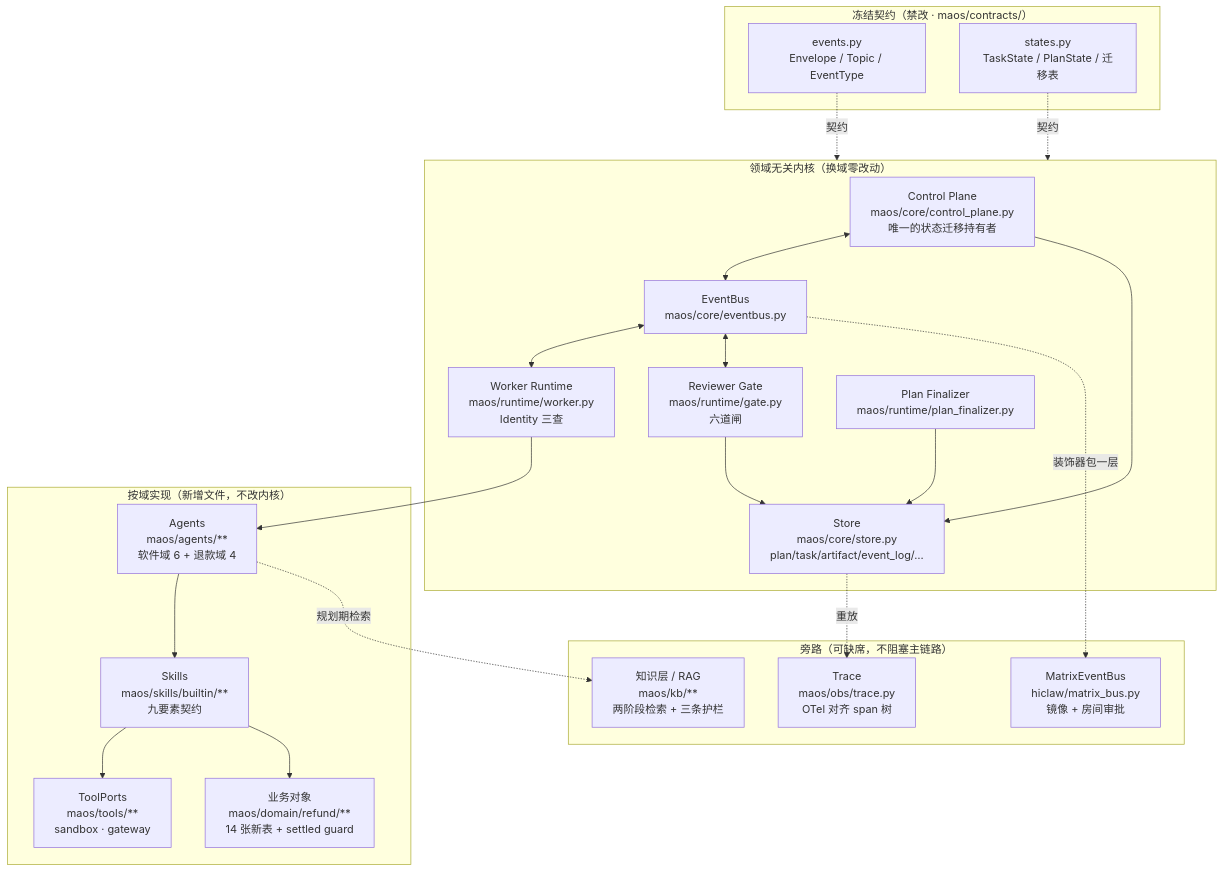
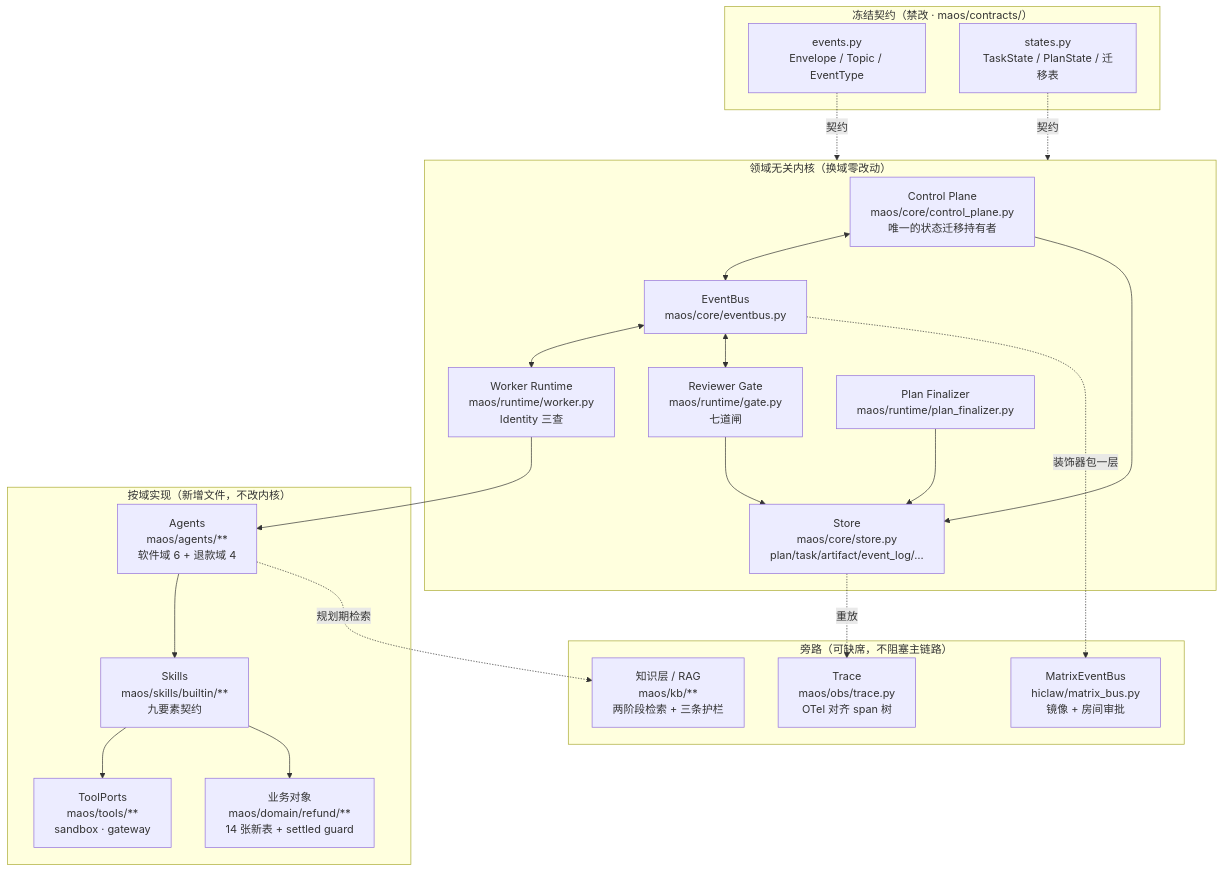
The first of 4 diagrams in docs/architecture.md (TomwaltW/maos-runtime), drawn with Mermaid before and after one commit. The commit also changed other lines of this file and 8 other files, not shown here.

````diff
--- a/docs/architecture.md
+++ b/docs/architecture.md
@@ -12,45 +12,45 @@
 ```mermaid
 flowchart TB
   subgraph FROZEN["冻结契约（禁改 · maos/contracts/）"]
     EV["events.py<br/>Envelope / Topic / EventType"]
     ST["states.py<br/>TaskState / PlanState / 迁移表"]
   end
 
   subgraph KERNEL["领域无关内核（换域零改动）"]
     CP["Control Plane<br/>maos/core/control_plane.py<br/>唯一的状态迁移持有者"]
     BUS["EventBus<br/>maos/core/eventbus.py"]
     STORE["Store<br/>maos/core/store.py<br/>plan/task/artifact/event_log/…"]
     WK["Worker Runtime<br/>maos/runtime/worker.py<br/>Identity 三查"]
-    GATE["Reviewer Gate<br/>maos/runtime/gate.py<br/>六道闸"]
+    GATE["Reviewer Gate<br/>maos/runtime/gate.py<br/>七道闸"]
     FIN["Plan Finalizer<br/>maos/runtime/plan_finalizer.py"]
   end
 
   subgraph PLUG["按域实现（新增文件，不改内核）"]
     AG["Agents<br/>maos/agents/**<br/>软件域 6 + 退款域 4"]
     SK["Skills<br/>maos/skills/builtin/**<br/>九要素契约"]
     TL["ToolPorts<br/>maos/tools/**<br/>sandbox · gateway"]
     DM["业务对象<br/>maos/domain/refund/**<br/>14 张新表 + settled guard"]
   end
 
   subgraph SIDE["旁路（可缺席，不阻塞主链路）"]
     MX["MatrixEventBus<br/>hiclaw/matrix_bus.py<br/>镜像 + 房间审批"]
     KB["知识层 / RAG<br/>maos/kb/**<br/>两阶段检索 + 三条护栏"]
     OBS["Trace<br/>maos/obs/trace.py<br/>OTel 对齐 span 树"]
   end
 
   EV -.契约.-> KERNEL
   ST -.契约.-> KERNEL
   CP <--> BUS
   CP --> STORE
   BUS <--> WK
   BUS <--> GATE
   WK --> AG
   AG --> SK
   SK --> TL
   SK --> DM
   GATE --> STORE
   FIN --> STORE
   BUS -.装饰器包一层.-> MX
   AG -.规划期检索.-> KB
   STORE -.重放.-> OBS
 ```
````
